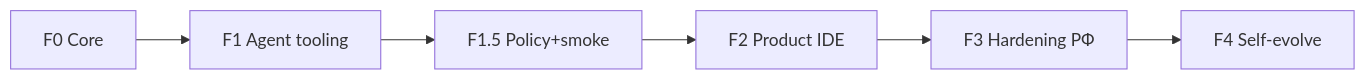
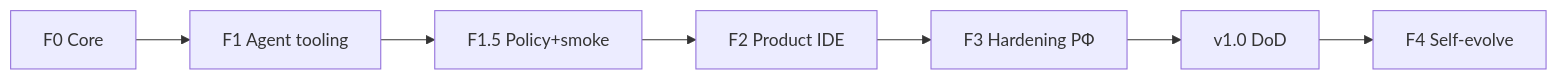
The diagram in plans/ROADMAP.md (Bezooom/Evocode), drawn with Mermaid before and after one commit. The commit also changed other lines of this file and 39 other files, not shown here.

````diff
--- a/plans/ROADMAP.md
+++ b/plans/ROADMAP.md
@@ -25,8 +40,9 @@
 ```mermaid
 graph LR
     F0[F0 Core] --> F1[F1 Agent tooling]
     F1 --> F15[F1.5 Policy+smoke]
     F15 --> F2[F2 Product IDE]
     F2 --> F3[F3 Hardening РФ]
-    F3 --> F4[F4 Self-evolve]
+    F3 --> V1[v1.0 DoD]
+    V1 --> F4[F4 Self-evolve]
 ```
````
